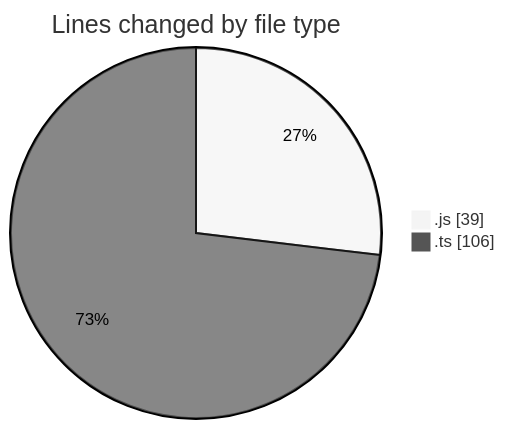
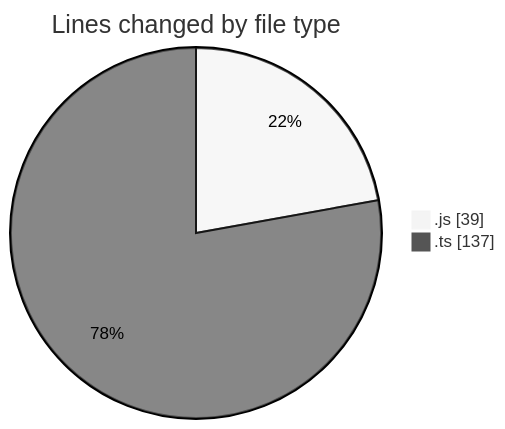
The first of 2 diagrams in 2025-06-19/cda/README.md (momahboobian/code-tracking), drawn with Mermaid (neutral theme) before and after one commit. The commit also changed other lines of this file and 1 other file, not shown here.

````diff
--- a/2025-06-19/cda/README.md
+++ b/2025-06-19/cda/README.md
@@ -21,6 +22,6 @@
 ```mermaid
 pie showData
 title Lines changed by file type
 ".js" : 39
-".ts" : 106
+".ts" : 137
 ```
````
